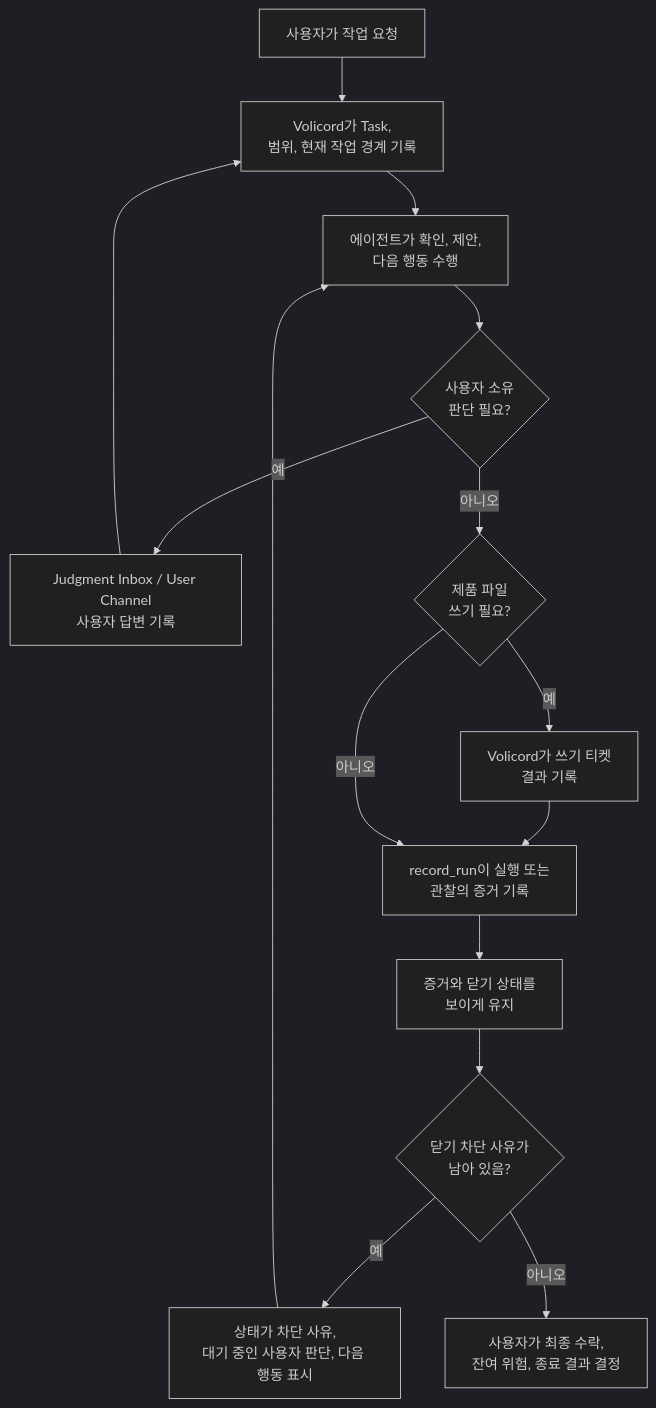
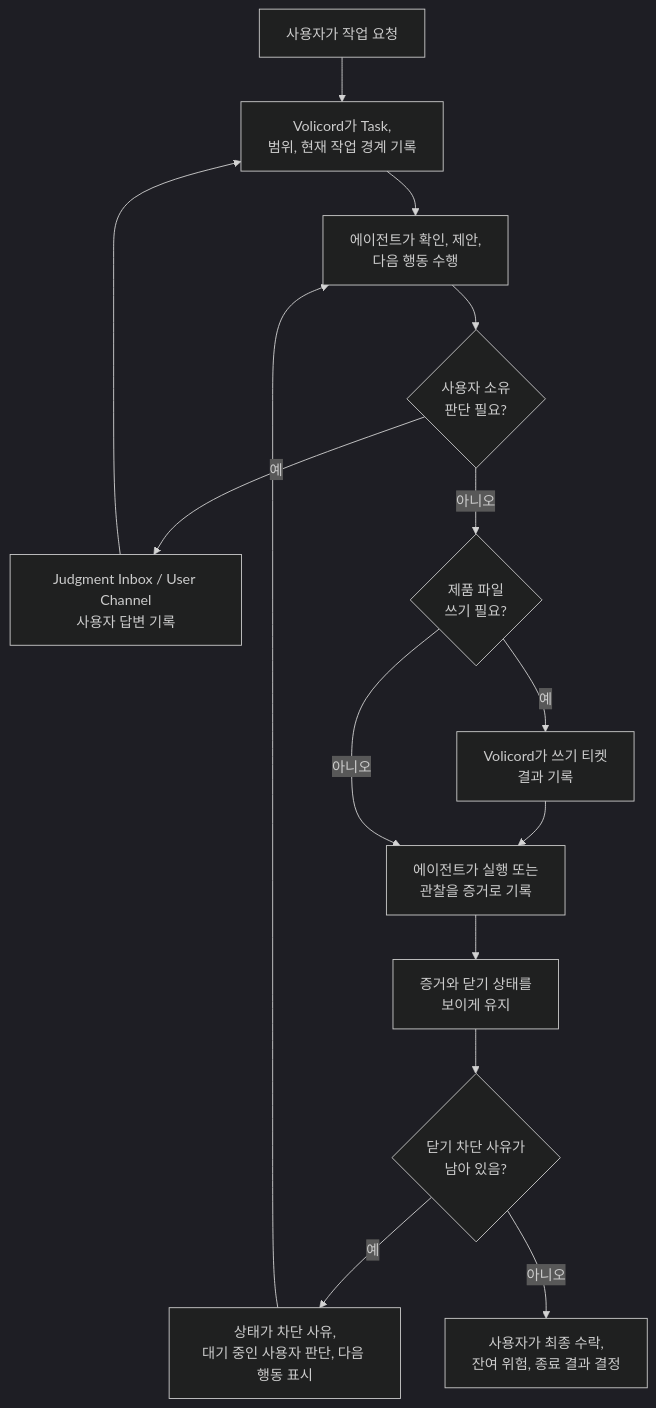
The second of 2 diagrams in README.ko.md (minjungw00/Volicord), drawn with Mermaid (dark theme) before and after one commit. The commit also changed other lines of this file and 1 other file, not shown here.

````diff
--- a/README.ko.md
+++ b/README.ko.md
@@ -302,24 +302,24 @@
 ```mermaid
 flowchart TD
   request["사용자가 작업 요청"]
   task["Volicord가 Task,<br/>범위, 현재 작업 경계 기록"]
   agent["에이전트가 확인, 제안,<br/>다음 행동 수행"]
   judgment{"사용자 소유<br/>판단 필요?"}
   inbox["Judgment Inbox / User Channel<br/>사용자 답변 기록"]
   write{"제품 파일<br/>쓰기 필요?"}
   ticket["Volicord가 쓰기 티켓<br/>결과 기록"]
-  run["record_run이 실행 또는<br/>관찰의 증거 기록"]
+  run["에이전트가 실행 또는<br/>관찰을 증거로 기록"]
   evidence["증거와 닫기 상태를<br/>보이게 유지"]
   close{"닫기 차단 사유가<br/>남아 있음?"}
   status["상태가 차단 사유,<br/>대기 중인 사용자 판단, 다음 행동 표시"]
   finish["사용자가 최종 수락,<br/>잔여 위험, 종료 결과 결정"]
 
   request --> task --> agent --> judgment
   judgment -- 예 --> inbox --> task
   judgment -- 아니오 --> write
   write -- 예 --> ticket --> run
   write -- 아니오 --> run
   run --> evidence --> close
   close -- 예 --> status --> agent
   close -- 아니오 --> finish
 ```
````
